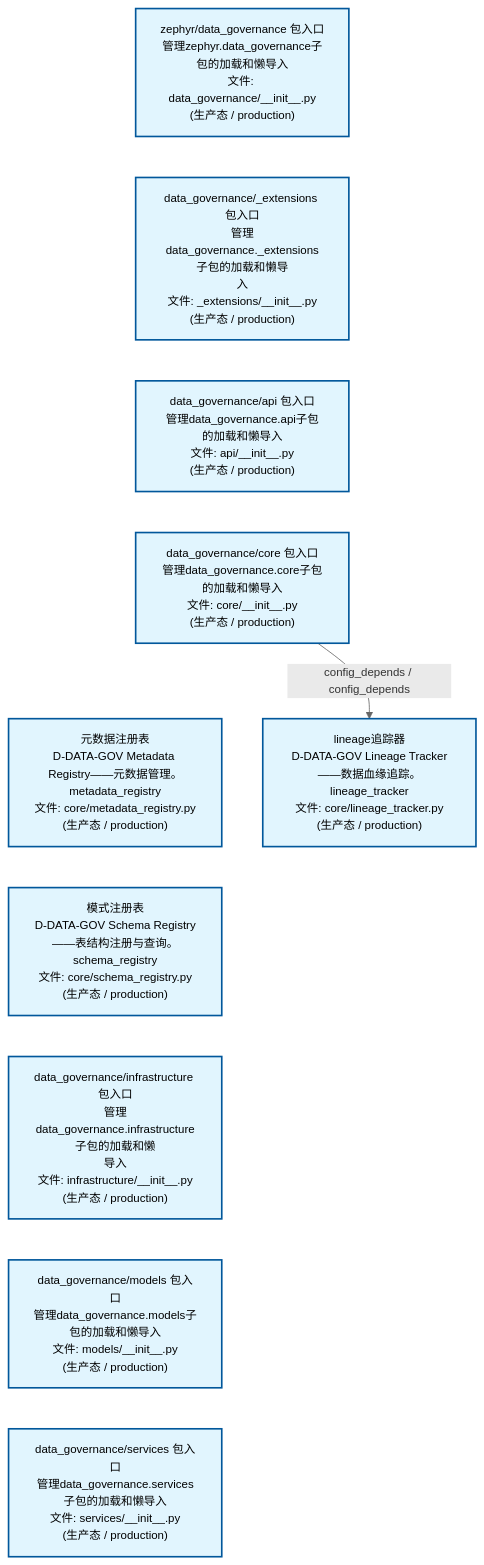
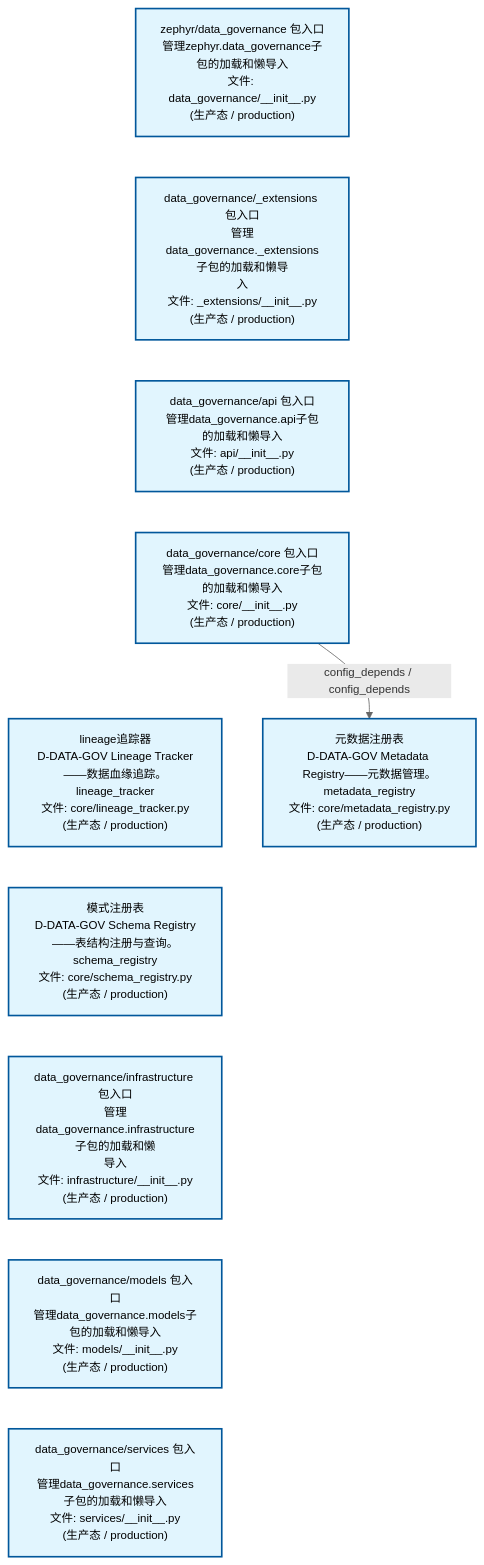
One commit to xuanFelixVan/ZephyrAlpha changed the first of 2 diagrams in docs/02_enterprise_architecture/02_domain_architecture_docs/13_d_data_gov.md. Above: the diagram before and after it, drawn with Mermaid. The commit also changed other lines of this file and 46 other files, not shown here.

````diff
--- a/docs/02_enterprise_architecture/02_domain_architecture_docs/13_d_data_gov.md
+++ b/docs/02_enterprise_architecture/02_domain_architecture_docs/13_d_data_gov.md
@@ -53,28 +53,28 @@
 ```mermaid
 %%{init: {'theme': 'base', 'themeVariables': {'primaryColor': '#eaeaea', 'primaryTextColor': '#333333', 'primaryBorderColor': '#666666', 'lineColor': '#666666', 'secondaryColor': '#eaeaea', 'tertiaryColor': '#eaeaea', 'fontSize': '14px'}}}%%
 flowchart TD
     src_zephyr_data_governance_init_py["zephyr/data_governance 包入口<br/>管理zephyr.data_governance子包的加载和懒导入<br/>文件: data_governance/__init__.py<br/>(生产态 / production)"]
     src_zephyr_data_governance_extensions_init_py["data_governance/_extensions 包入口<br/>管理data_governance._extensions子包的加载和懒导<br/>入<br/>文件: _extensions/__init__.py<br/>(生产态 / production)"]
     src_zephyr_data_governance_api_init_py["data_governance/api 包入口<br/>管理data_governance.api子包的加载和懒导入<br/>文件: api/__init__.py<br/>(生产态 / production)"]
     src_zephyr_data_governance_core_init_py["data_governance/core 包入口<br/>管理data_governance.core子包的加载和懒导入<br/>文件: core/__init__.py<br/>(生产态 / production)"]
-    src_zephyr_data_governance_core_metadata_registry_py["元数据注册表<br/>D-DATA-GOV Metadata Registry——元数据管理。<br/>metadata_registry<br/>文件: core/metadata_registry.py<br/>(生产态 / production)"]
+    src_zephyr_data_governance_core_lineage_tracker_py["lineage追踪器<br/>D-DATA-GOV Lineage Tracker——数据血缘追踪。<br/>lineage_tracker<br/>文件: core/lineage_tracker.py<br/>(生产态 / production)"]
     src_zephyr_data_governance_core_schema_registry_py["模式注册表<br/>D-DATA-GOV Schema Registry——表结构注册与查询。<br/>schema_registry<br/>文件: core/schema_registry.py<br/>(生产态 / production)"]
     src_zephyr_data_governance_infrastructure_init_py["data_governance/infrastructure 包入口<br/>管理data_governance.infrastructure子包的加载和懒<br/>导入<br/>文件: infrastructure/__init__.py<br/>(生产态 / production)"]
     src_zephyr_data_governance_models_init_py["data_governance/models 包入口<br/>管理data_governance.models子包的加载和懒导入<br/>文件: models/__init__.py<br/>(生产态 / production)"]
     src_zephyr_data_governance_services_init_py["data_governance/services 包入口<br/>管理data_governance.services子包的加载和懒导入<br/>文件: services/__init__.py<br/>(生产态 / production)"]
     src_zephyr_data_governance_init_py ~~~ src_zephyr_data_governance_extensions_init_py
     src_zephyr_data_governance_extensions_init_py ~~~ src_zephyr_data_governance_api_init_py
     src_zephyr_data_governance_api_init_py ~~~ src_zephyr_data_governance_core_init_py
-    src_zephyr_data_governance_core_init_py ~~~ src_zephyr_data_governance_core_metadata_registry_py
-    src_zephyr_data_governance_core_metadata_registry_py ~~~ src_zephyr_data_governance_core_schema_registry_py
+    src_zephyr_data_governance_core_init_py ~~~ src_zephyr_data_governance_core_lineage_tracker_py
+    src_zephyr_data_governance_core_lineage_tracker_py ~~~ src_zephyr_data_governance_core_schema_registry_py
     src_zephyr_data_governance_core_schema_registry_py ~~~ src_zephyr_data_governance_infrastructure_init_py
     src_zephyr_data_governance_infrastructure_init_py ~~~ src_zephyr_data_governance_models_init_py
     src_zephyr_data_governance_models_init_py ~~~ src_zephyr_data_governance_services_init_py
-    src_zephyr_data_governance_core_lineage_tracker_py["lineage追踪器<br/>D-DATA-GOV Lineage Tracker——数据血缘追踪。<br/>lineage_tracker<br/>文件: core/lineage_tracker.py<br/>(生产态 / production)"]
-    src_zephyr_data_governance_core_init_py -->|config_depends / config_depends| src_zephyr_data_governance_core_lineage_tracker_py
+    src_zephyr_data_governance_core_metadata_registry_py["元数据注册表<br/>D-DATA-GOV Metadata Registry——元数据管理。<br/>metadata_registry<br/>文件: core/metadata_registry.py<br/>(生产态 / production)"]
+    src_zephyr_data_governance_core_init_py -->|config_depends / config_depends| src_zephyr_data_governance_core_metadata_registry_py
     classDef production fill:#e1f5fe,stroke:#01579b,stroke-width:2px,color:#000
     classDef design fill:#fff3e0,stroke:#e65100,stroke-width:2px,color:#000,stroke-dasharray: 5 5
     classDef external_prod fill:#e8f4fd,stroke:#0277bd,stroke-width:1px,color:#000
     classDef external_design fill:#fff8e7,stroke:#ef6c00,stroke-width:1px,color:#000,stroke-dasharray: 5 5
     class src_zephyr_data_governance_init_py,src_zephyr_data_governance_extensions_init_py,src_zephyr_data_governance_api_init_py,src_zephyr_data_governance_core_init_py,src_zephyr_data_governance_core_lineage_tracker_py,src_zephyr_data_governance_core_metadata_registry_py,src_zephyr_data_governance_core_schema_registry_py,src_zephyr_data_governance_infrastructure_init_py,src_zephyr_data_governance_models_init_py,src_zephyr_data_governance_services_init_py production
 ```
````
